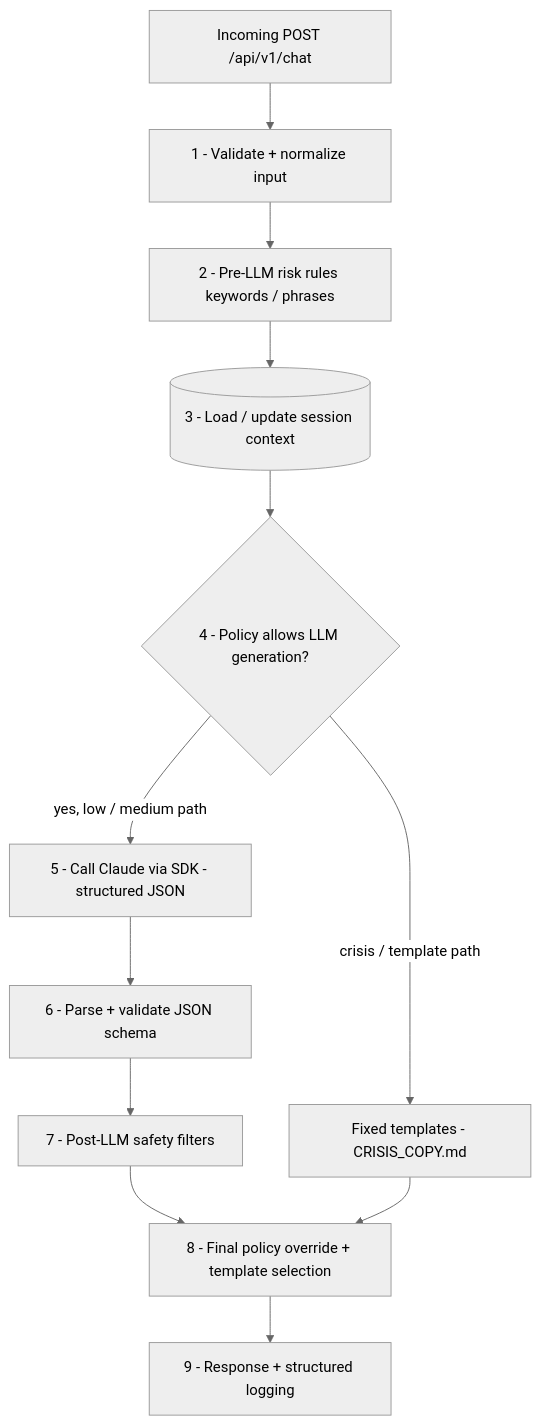
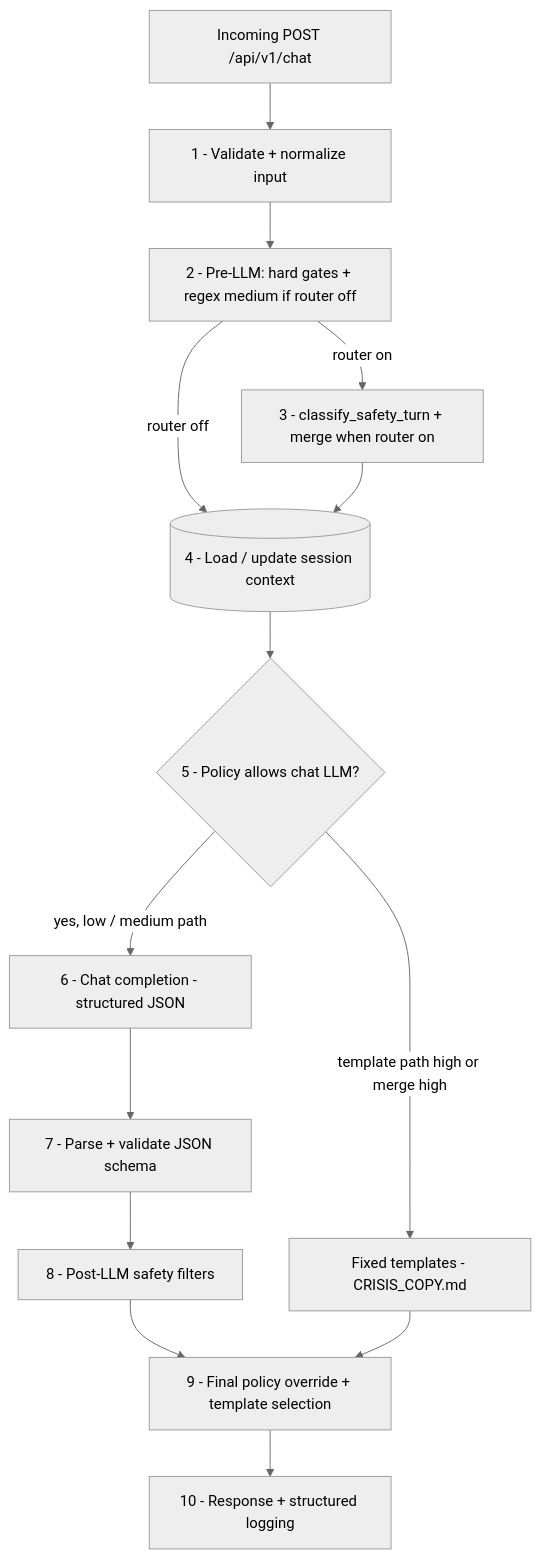
One commit to akothule/MindCare changed the second of 2 diagrams in docs/DESIGN_DOC.md. Above: the diagram before and after it, drawn with Mermaid (neutral theme). The commit also changed other lines of this file and 31 other files, not shown here.

Commit message:
LLM router, merge, supporter template, docs

````diff
--- a/docs/DESIGN_DOC.md
+++ b/docs/DESIGN_DOC.md
@@ -105,20 +107,25 @@
 ```mermaid
 flowchart TB
   IN[Incoming POST /api/v1/chat]
   V[1 - Validate + normalize input]
-  R[2 - Pre-LLM risk rules keywords / phrases]
-  S[(3 - Load / update session context)]
-  G{4 - Policy allows LLM generation?}
-  L[5 - Call Claude via SDK - structured JSON]
-  P[6 - Parse + validate JSON schema]
-  F[7 - Post-LLM safety filters]
-  POL[8 - Final policy override + template selection]
-  OUT[9 - Response + structured logging]
+  R[2 - Pre-LLM: hard gates + regex medium if router off]
+  C[3 - classify_safety_turn + merge when router on]
+  S[(4 - Load / update session context)]
+  G{5 - Policy allows chat LLM?}
+  L[6 - Chat completion - structured JSON]
+  P[7 - Parse + validate JSON schema]
+  F[8 - Post-LLM safety filters]
+  POL[9 - Final policy override + template selection]
+  OUT[10 - Response + structured logging]
   TPL[Fixed templates - CRISIS_COPY.md]
-  IN --> V --> R --> S --> G
+  IN --> V --> R
+  R -->|router on| C
+  R -->|router off| S
+  C --> S
+  S --> G
   G -->|yes, low / medium path| L
-  G -->|crisis / template path| TPL
+  G -->|template path high or merge high| TPL
   L --> P --> F --> POL
   TPL --> POL
   POL --> OUT
 ```
````
